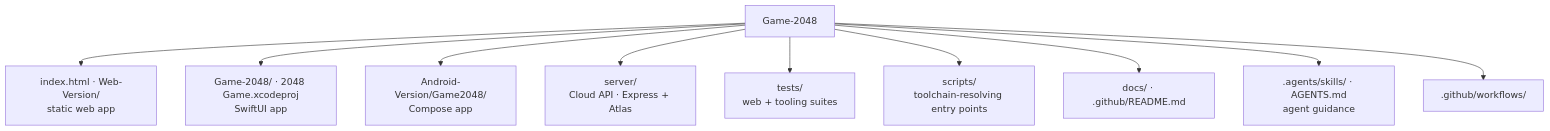
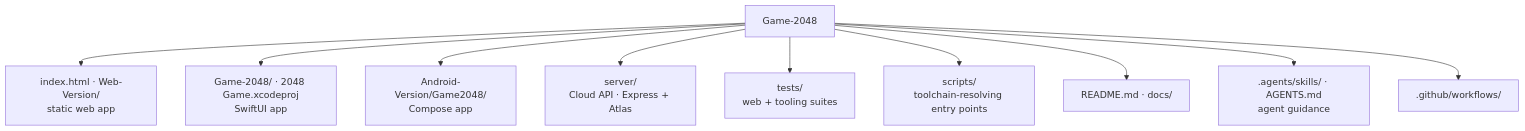
Before and after one commit to hoangsonww/2048-Game: the fourth of 47 diagrams in ARCHITECTURE.md, drawn with Mermaid. The commit also changed other lines of this file and 8 other files, not shown here.

````diff
--- a/ARCHITECTURE.md
+++ b/ARCHITECTURE.md
@@ -197,14 +197,14 @@
 ```mermaid
 flowchart TD
     Root[Game-2048]
 
     Root --> Web["index.html · Web-Version/<br/>static web app"]
     Root --> IOS["Game-2048/ · 2048 Game.xcodeproj<br/>SwiftUI app"]
     Root --> Droid["Android-Version/Game2048/<br/>Compose app"]
     Root --> Server["server/<br/>Cloud API · Express + Atlas"]
     Root --> Tests["tests/<br/>web + tooling suites"]
     Root --> Scripts["scripts/<br/>toolchain-resolving entry points"]
-    Root --> Docs["docs/ · .github/README.md"]
+    Root --> Docs["README.md · docs/"]
     Root --> Agents[".agents/skills/ · AGENTS.md<br/>agent guidance"]
     Root --> CI[".github/workflows/"]
 ```
````
